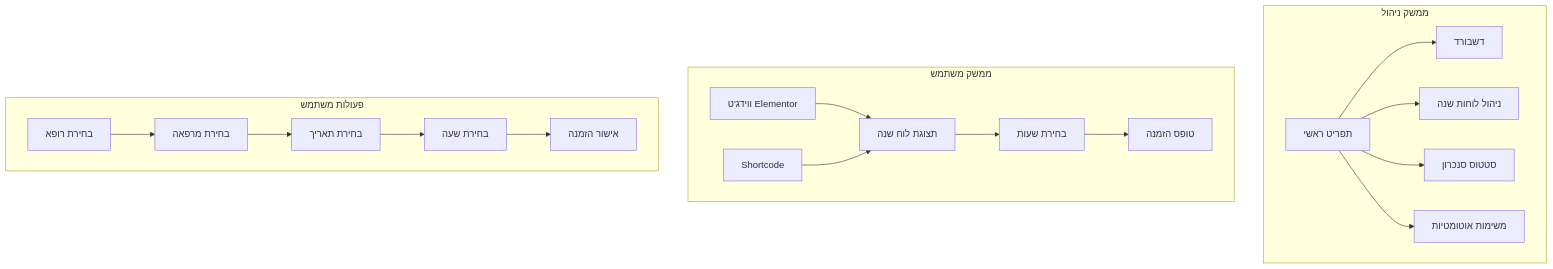
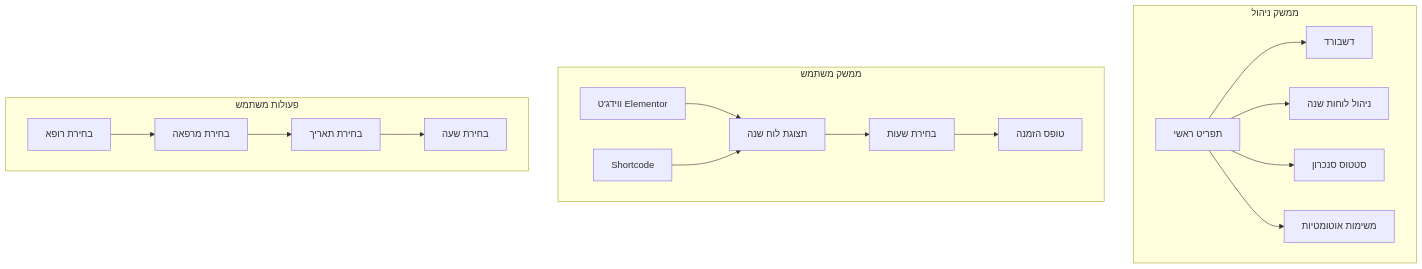
One commit to OrielBenMoshe/clinic-queue-management changed the fifth of 8 diagrams in docs/FLOW_DIAGRAM.md. Above: the diagram before and after it, drawn with Mermaid. The commit also changed other lines of this file and 42 other files, not shown here.

````diff
--- a/docs/FLOW_DIAGRAM.md
+++ b/docs/FLOW_DIAGRAM.md
@@ -196,41 +187,39 @@
 ```mermaid
 graph TB
     subgraph "ממשק ניהול"
         MENU[תפריט ראשי]
         DASHBOARD[דשבורד]
         CALENDARS[ניהול לוחות שנה]
         SYNC[סטטוס סנכרון]
         CRON[משימות אוטומטיות]
     end
     
     subgraph "ממשק משתמש"
         WIDGET[ווידג'ט Elementor]
         SHORTCODE[Shortcode]
         CALENDAR_UI[תצוגת לוח שנה]
         TIME_SLOTS[בחירת שעות]
         BOOKING[טופס הזמנה]
     end
     
     subgraph "פעולות משתמש"
         SELECT_DOCTOR[בחירת רופא]
         SELECT_CLINIC[בחירת מרפאה]
         SELECT_DATE[בחירת תאריך]
         SELECT_TIME[בחירת שעה]
-        CONFIRM[אישור הזמנה]
     end
     
     MENU --> DASHBOARD
     MENU --> CALENDARS
     MENU --> SYNC
     MENU --> CRON
     
     WIDGET --> CALENDAR_UI
     SHORTCODE --> CALENDAR_UI
     CALENDAR_UI --> TIME_SLOTS
     TIME_SLOTS --> BOOKING
     
     SELECT_DOCTOR --> SELECT_CLINIC
     SELECT_CLINIC --> SELECT_DATE
     SELECT_DATE --> SELECT_TIME
-    SELECT_TIME --> CONFIRM
 ```
````
